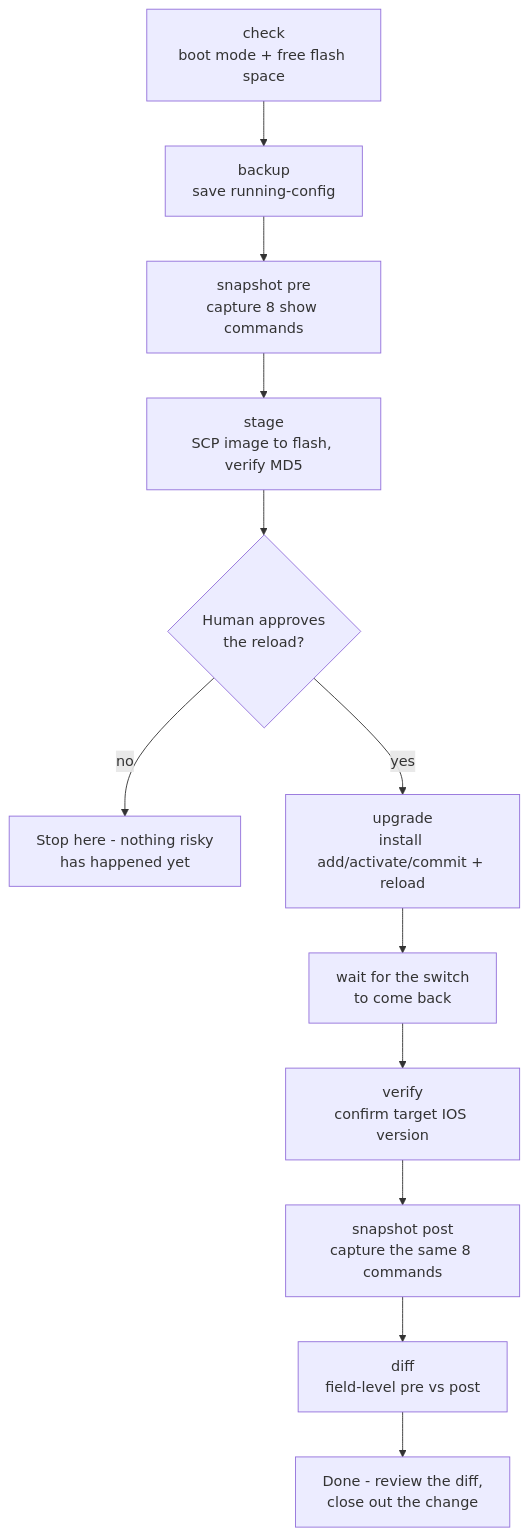
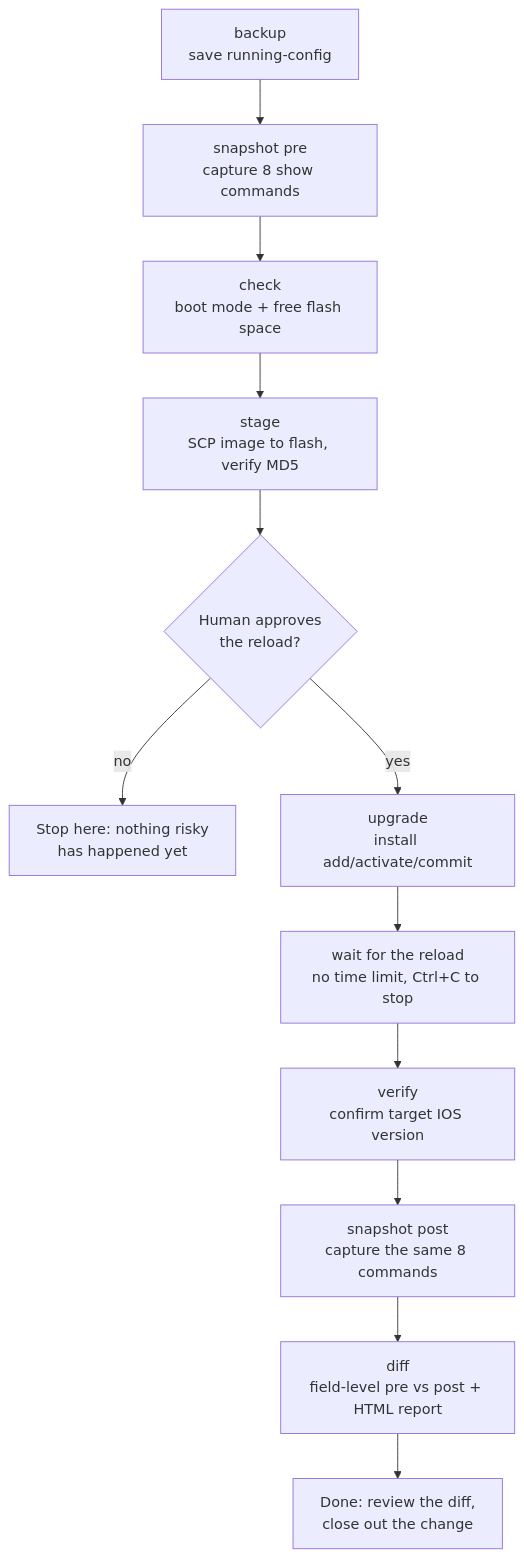
Before and after one commit to gman27/ios-xe-fleet-upgrade: the first of 2 diagrams in README.md, drawn with Mermaid. The commit also changed other lines of this file and 9 other files, not shown here.

````diff
--- a/README.md
+++ b/README.md
@@ -17,14 +17,14 @@
 ```mermaid
 flowchart TD
-    A[check<br/>boot mode + free flash space] --> B[backup<br/>save running-config]
-    B --> C[snapshot pre<br/>capture 8 show commands]
+    A[backup<br/>save running-config] --> B[snapshot pre<br/>capture 8 show commands]
+    B --> C[check<br/>boot mode + free flash space]
     C --> D[stage<br/>SCP image to flash, verify MD5]
     D --> E{Human approves<br/>the reload?}
-    E -- no --> X[Stop here - nothing risky<br/>has happened yet]
-    E -- yes --> F[upgrade<br/>install add/activate/commit + reload]
-    F --> G[wait for the switch<br/>to come back]
+    E -- no --> X[Stop here: nothing risky<br/>has happened yet]
+    E -- yes --> F[upgrade<br/>install add/activate/commit]
+    F --> G[wait for the reload<br/>no time limit, Ctrl+C to stop]
     G --> H[verify<br/>confirm target IOS version]
     H --> I[snapshot post<br/>capture the same 8 commands]
-    I --> J[diff<br/>field-level pre vs post]
-    J --> K[Done - review the diff,<br/>close out the change]
+    I --> J[diff<br/>field-level pre vs post + HTML report]
+    J --> K[Done: review the diff,<br/>close out the change]
 ```
````
